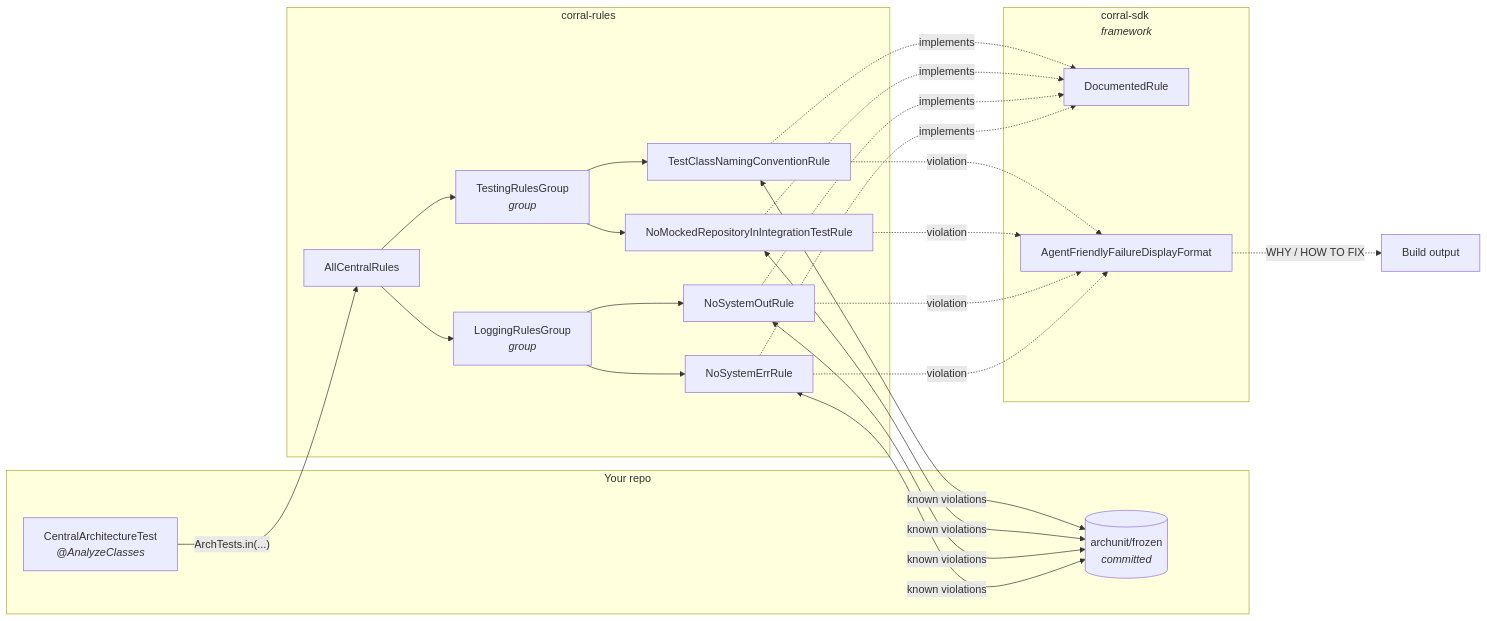
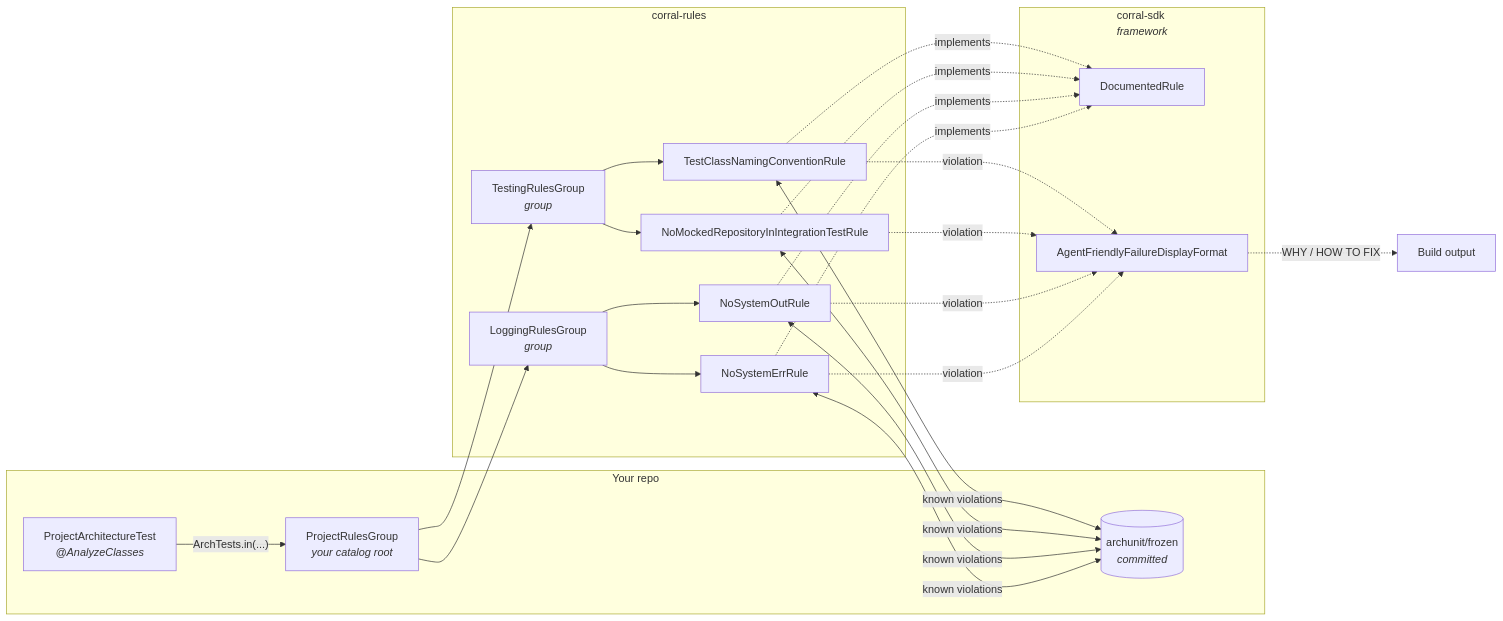
The first of 2 diagrams in README.md (MilczekT1/Corral), drawn with Mermaid before and after one commit. The commit also changed other lines of this file and 23 other files, not shown here.

Commit message:
feat: Drop AllCentralRules so consumers compose the groups they run (#27)

````diff
--- a/README.md
+++ b/README.md
@@ -22,34 +24,34 @@
 ```mermaid
 flowchart LR
     subgraph consumer["Your repo"]
-        CT["CentralArchitectureTest<br/><i>@AnalyzeClasses</i>"]
+        CT["ProjectArchitectureTest<br/><i>@AnalyzeClasses</i>"]
+        PRG["ProjectRulesGroup<br/><i>your catalog root</i>"]
         STORE[("archunit/frozen<br/><i>committed</i>")]
     end
 
     subgraph rules["corral-rules"]
-        ACR["AllCentralRules"]
         TG["TestingRulesGroup<br/><i>group</i>"]
         LG["LoggingRulesGroup<br/><i>group</i>"]
         R1["TestClassNamingConventionRule"]
         R2["NoMockedRepositoryInIntegrationTestRule"]
         R3["NoSystemOutRule"]
         R4["NoSystemErrRule"]
     end
 
     subgraph sdk["corral-sdk<br/><i>framework</i>"]
         DR["DocumentedRule"]
         FMT["AgentFriendlyFailureDisplayFormat"]
     end
 
-    CT -->|"ArchTests.in(...)"| ACR
-    ACR --> TG
-    ACR --> LG
+    CT -->|"ArchTests.in(...)"| PRG
+    PRG --> TG
+    PRG --> LG
     TG --> R1
     TG --> R2
     LG --> R3
     LG --> R4
     R1 & R2 & R3 & R4 -.->|"implements"| DR
     R1 & R2 & R3 & R4 -.->|"violation"| FMT
     FMT -.->|"WHY / HOW TO FIX"| OUT["Build output"]
     R1 & R2 & R3 & R4 <-->|"known violations"| STORE
 ```
````
